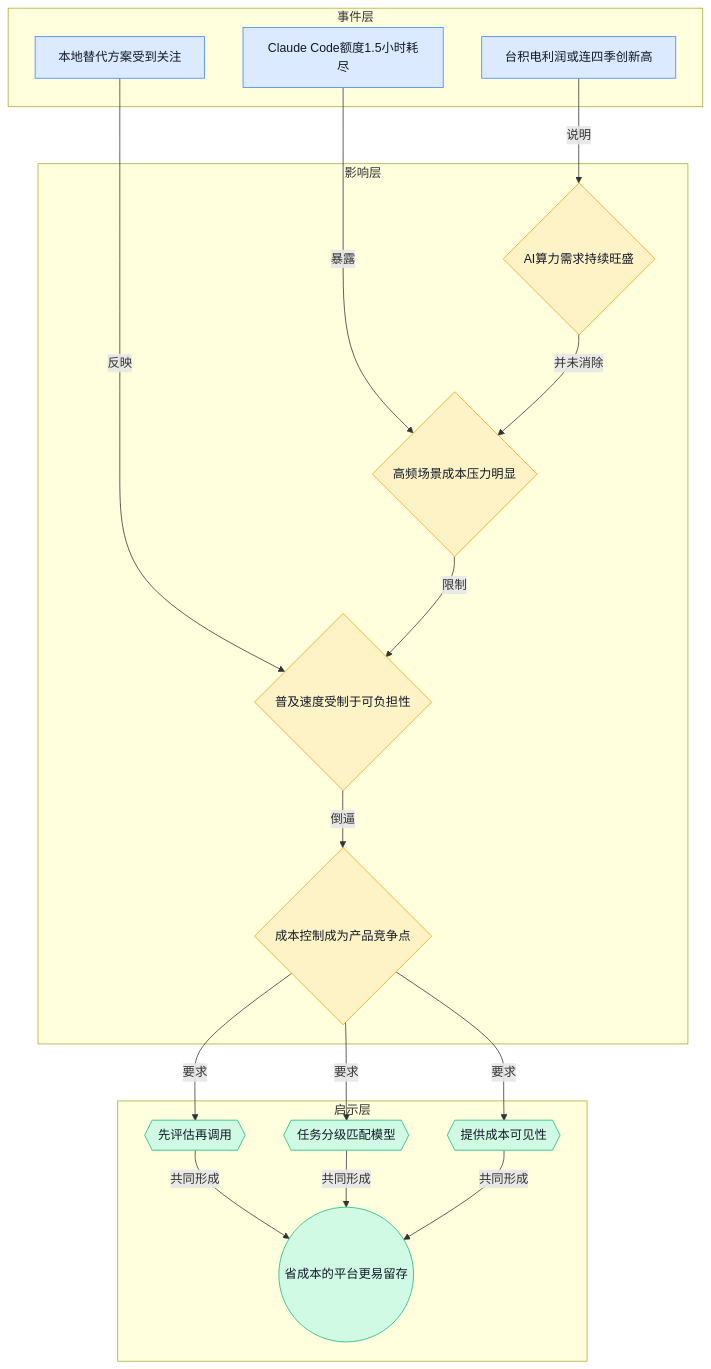
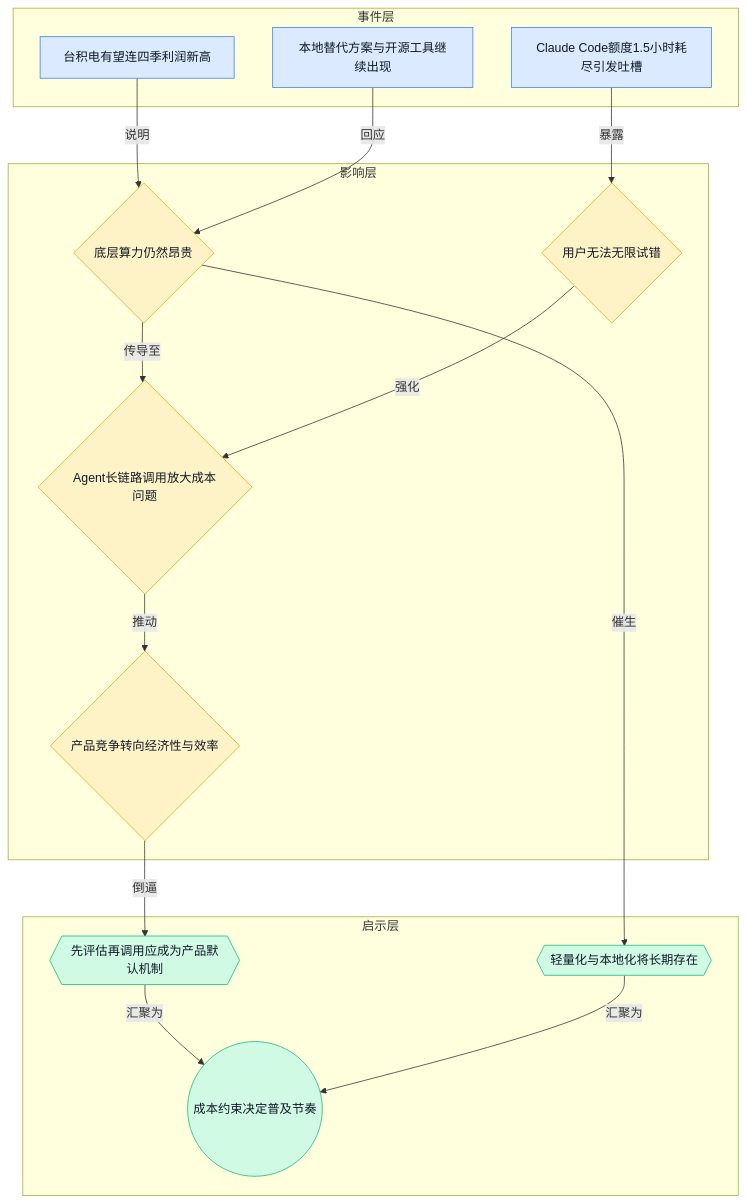
One commit to ylzsdafei/ai-daily-site changed the third of 4 diagrams in content/cn/blog/weekly/2026-W16.md. Above: the diagram before and after it, drawn with Mermaid. The commit also changed other lines of this file and 1 other file, not shown here.

Commit message:
feat: 周报大字报 + 增强 Mermaid 图谱（着色分层+思维导图）

````diff
--- a/content/cn/blog/weekly/2026-W16.md
+++ b/content/cn/blog/weekly/2026-W16.md
@@ -130,39 +119,36 @@
 ```mermaid
 graph TD
   classDef event fill:#dbeafe,stroke:#3b82f6,color:#111827;
   classDef impact fill:#fef3c7,stroke:#f59e0b,color:#111827;
   classDef insight fill:#d1fae5,stroke:#10b981,color:#111827;
 
   subgraph 事件层
-    A[台积电利润或连四季创新高]:::event
-    B[Claude Code额度1.5小时耗尽]:::event
-    C[本地替代方案受到关注]:::event
+    A[台积电有望连四季利润新高]:::event
+    B[Claude Code额度1.5小时耗尽引发吐槽]:::event
+    C[本地替代方案与开源工具继续出现]:::event
   end
 
   subgraph 影响层
-    D{AI算力需求持续旺盛}:::impact
-    E{高频场景成本压力明显}:::impact
-    F{普及速度受制于可负担性}:::impact
-    G{成本控制成为产品竞争点}:::impact
+    D{底层算力仍然昂贵}:::impact
+    E{用户无法无限试错}:::impact
+    F{Agent长链路调用放大成本问题}:::impact
+    G{产品竞争转向经济性与效率}:::impact
   end
 
   subgraph 启示层
-    H{{先评估再调用}}:::insight
-    I{{任务分级匹配模型}}:::insight
-    J{{提供成本可见性}}:::insight
-    K((省成本的平台更易留存)):::insight
+    H{{先评估再调用应成为产品默认机制}}:::insight
+    I{{轻量化与本地化将长期存在}}:::insight
+    J((成本约束决定普及节奏)):::insight
   end
 
-  A -->|说明| D
-  B -->|暴露| E
-  C -->|反映| F
-  D -->|并未消除| E
-  E -->|限制| F
-  F -->|倒逼| G
-  G -->|要求| H
-  G -->|要求| I
-  G -->|要求| J
-  H -->|共同形成| K
-  I -->|共同形成| K
-  J -->|共同形成| K
+  A -- 说明 --> D
+  B -- 暴露 --> E
+  C -- 回应 --> D
+  D -- 传导至 --> F
+  E -- 强化 --> F
+  F -- 推动 --> G
+  G -- 倒逼 --> H
+  D -- 催生 --> I
+  H -- 汇聚为 --> J
+  I -- 汇聚为 --> J
 ```
````
